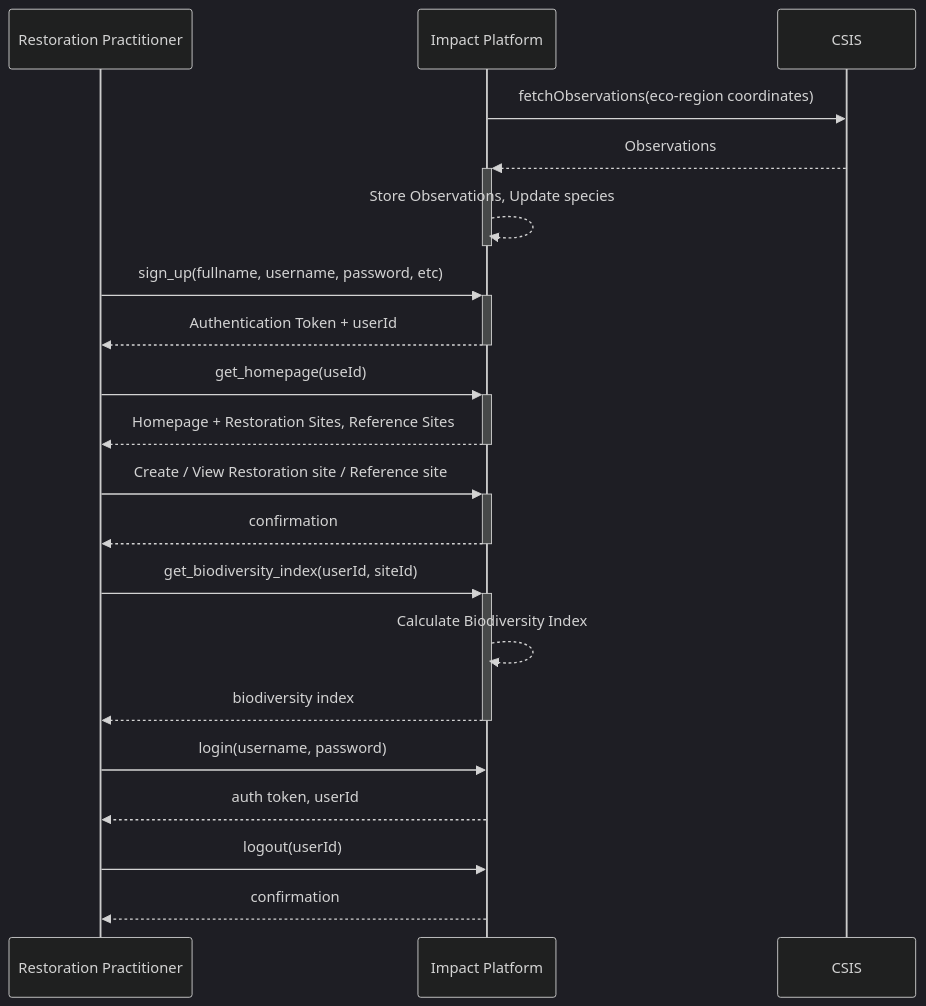
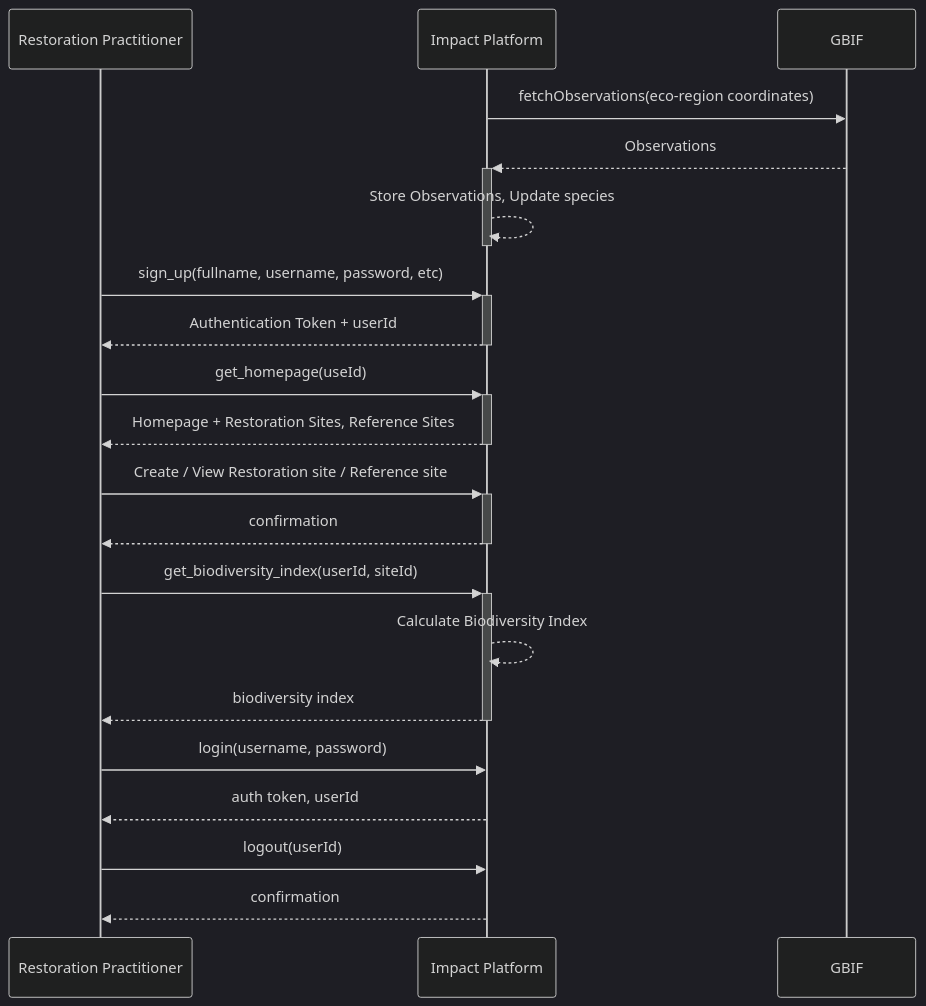
One commit to maulikdave-fh/impact changed the second of 2 diagrams in README.md. Above: the diagram before and after it, drawn with Mermaid (dark theme). The commit also changed other lines of this file, not shown here.

Commit message:
replace CSIS with GBIF

````diff
--- a/README.md
+++ b/README.md
@@ -49,22 +49,22 @@
 ```mermaid
     sequenceDiagram
         participant RP as Restoration Practitioner
         participant Impact as Impact Platform
-        participant CSIS
-        Impact ->> CSIS : fetchObservations(eco-region coordinates)
-        CSIS -->> +Impact : Observations
+        participant GBIF
+        Impact ->> GBIF : fetchObservations(eco-region coordinates)
+        GBIF -->> +Impact : Observations
         Impact -->> -Impact : Store Observations, Update species
         RP ->> +Impact : sign_up(fullname, username, password, etc)
         Impact -->> -RP : Authentication Token + userId
         RP ->> +Impact : get_homepage(useId)
         Impact -->> -RP: Homepage + Restoration Sites, Reference Sites
         RP ->> +Impact : Create / View Restoration site / Reference site
         Impact -->> -RP : confirmation
         RP ->> +Impact : get_biodiversity_index(userId, siteId)
         Impact -->> Impact : Calculate Biodiversity Index
         Impact -->> -RP : biodiversity index
         RP ->> Impact : login(username, password)
         Impact -->> RP : auth token, userId
         RP ->> Impact : logout(userId)
         Impact -->> RP : confirmation             
 ```
````
